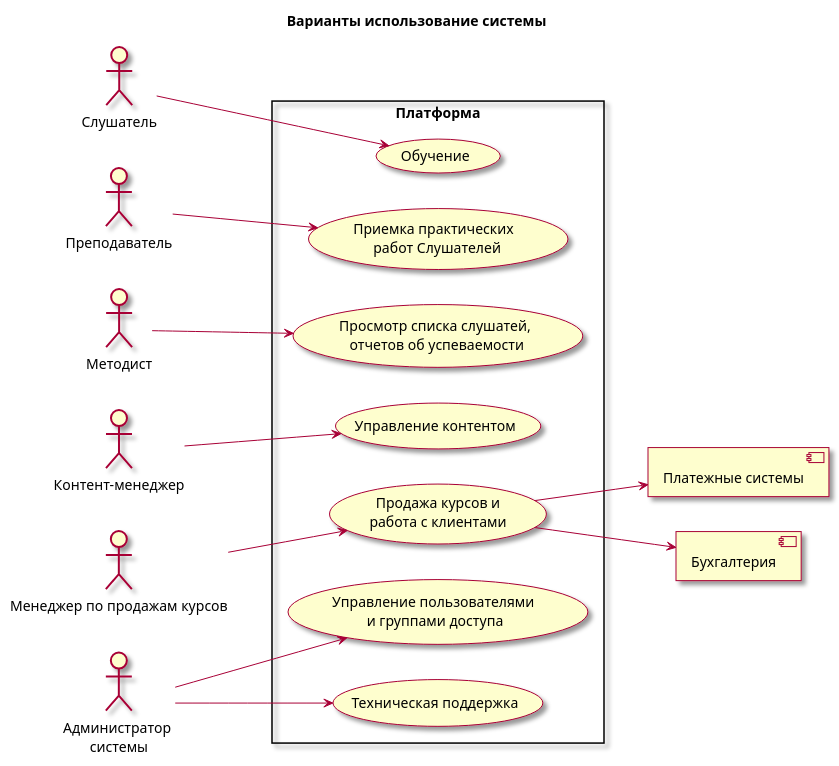
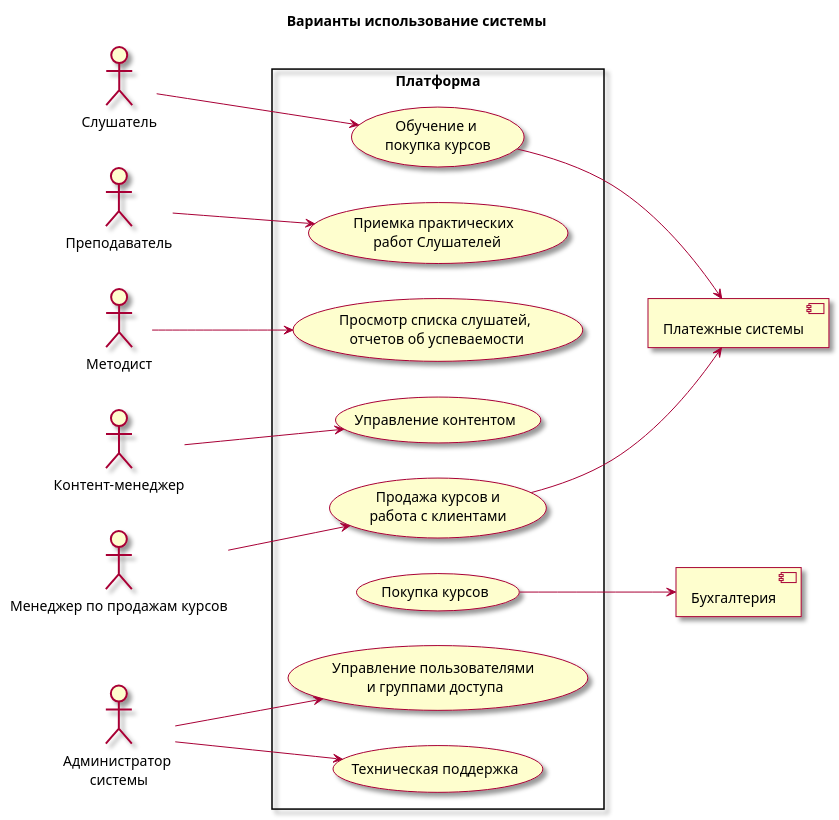
The diagram in api-warehouse/diagrams/mediusecase.iuml (PortnovAlex80/node_js_pro), drawn with PlantUML before and after one commit.

```diff
--- a/api-warehouse/diagrams/mediusecase.iuml
+++ b/api-warehouse/diagrams/mediusecase.iuml
@@ -1,41 +1,44 @@
 @startuml
 skin rose
 left to right direction
 
 title Варианты использование системы 
 
 :Слушатель: as STUDENT
 :Преподаватель: as LECTOR
 :Методист: as METOD
 :Контент-менеджер: as CONTMGR
 :Менеджер по продажам курсов: as MGR
 :Администратор \nсистемы: as ADMIN
 
 [Платежные системы] as Payments
 [Бухгалтерия] as Commercia
 
 rectangle  :Платформа: {
 
-usecase (Обучение) as UC1
+usecase (Обучение и \nпокупка курсов) as UC1
+usecase (Покупка курсов) as UC9
+
 usecase (Приемка практических \n работ Слушателей) as UC2
 usecase (Просмотр списка слушатей,\n отчетов об успеваемости) as UC3
 usecase (Управление контентом) as UC4
 usecase (Продажа курсов и\nработа с клиентами) as UC5
 
 usecase (Управление пользователями \nи группами доступа) as UC7
 usecase (Техническая поддержка) as UC8
 }
 
 STUDENT --> UC1
 LECTOR --> UC2
 METOD--> UC3
 CONTMGR--> UC4
 MGR --> UC5
 
 UC5 --> Payments
-UC5 --> Commercia
+UC1 --> Payments
+UC9 --> Commercia
 
 ADMIN --> UC7
 ADMIN --> UC8
 
 @enduml
```
